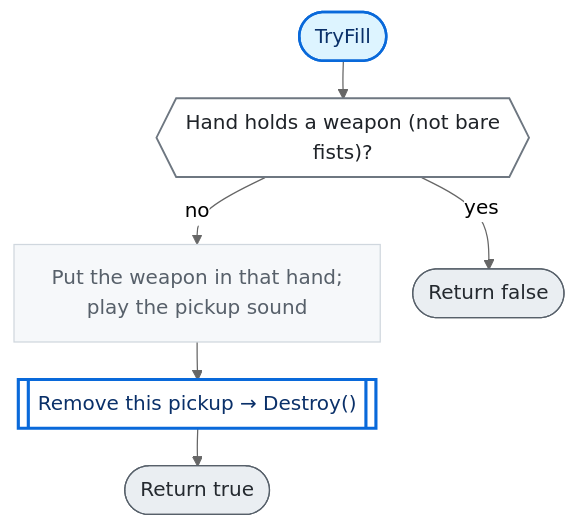
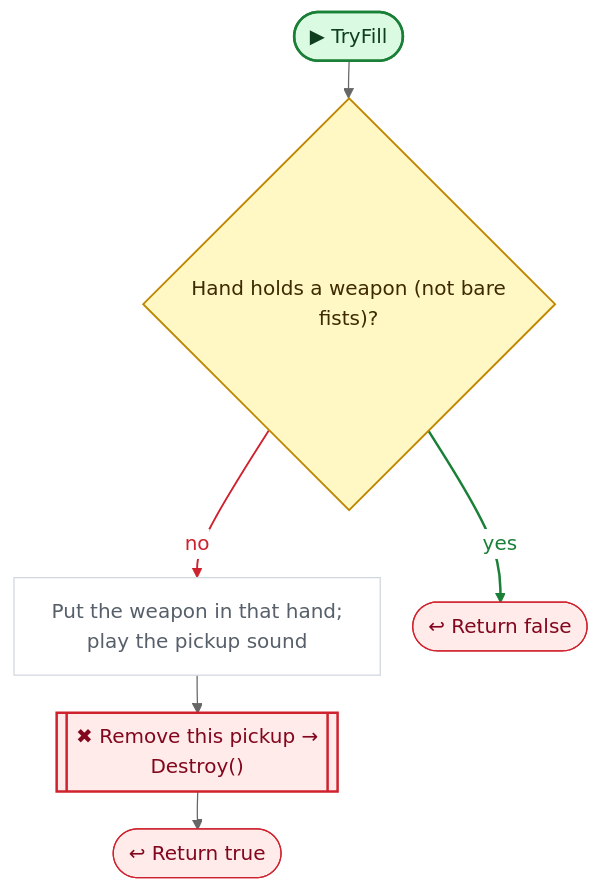
One commit to nataiai/Lord-of-the-Dungeon changed the fifth of 7 diagrams in CodeGraph~/graph/Loot.cs.md. Above: the diagram before and after it, drawn with Mermaid (neutral theme). The commit also changed other lines of this file and 44 other files, not shown here.

````diff
--- a/CodeGraph~/graph/Loot.cs.md
+++ b/CodeGraph~/graph/Loot.cs.md
@@ -235,36 +254,42 @@
 ```mermaid
 ---
 config:
   flowchart:
     wrappingWidth: 260
     nodeSpacing: 26
     rankSpacing: 30
 ---
 flowchart TD
-  nS(["TryFill"])
-  n6fc250{{"Hand holds a weapon (not bare<br>fists)?"}}
+  nS(["▶ TryFill"])
+  n6fc250{"Hand holds a weapon (not bare<br>fists)?"}
   n247ddb["Put the weapon in that hand;<br>play the pickup sound"]
-  nbee12d[["Remove this pickup → Destroy()"]]
-  n1902d3(["Return false"])
-  nb1e3d6(["Return true"])
+  nbee12d[["✖ Remove this pickup →<br>Destroy()"]]
+  n1902d3(["↩ Return false"])
+  nb1e3d6(["↩ Return true"])
   nS --> n6fc250
   n6fc250 -->|no| n247ddb
   n6fc250 -->|yes| n1902d3
   n247ddb --> nbee12d
   nbee12d --> nb1e3d6
-  classDef unity fill:#fff1c2,stroke:#9a6700,stroke-width:2px,color:#3b2300
-  classDef start fill:#ddf4ff,stroke:#0969da,stroke-width:2px,color:#0a3069
-  classDef calc fill:#f6f8fa,stroke:#d0d7de,color:#57606a
-  classDef calls fill:#ffffff,stroke:#0969da,stroke-width:2.5px,color:#0a3069
-  classDef cond fill:#ffffff,stroke:#6e7781,stroke-width:1.5px,color:#1f2328
-  classDef loop fill:#fbefff,stroke:#8250df,color:#3e1f79
-  classDef exit fill:#eaeef2,stroke:#57606a,color:#24292f
-  classDef wait fill:#fff8f0,stroke:#bc4c00,color:#4d1d00
+  linkStyle 1 stroke:#cf222e,stroke-width:1.5px,color:#cf222e
+  linkStyle 2 stroke:#1a7f37,stroke-width:2px,color:#1a7f37
+  classDef unity fill:#dafbe1,stroke:#1a7f37,stroke-width:2px,color:#0f3d1d
+  classDef start fill:#dafbe1,stroke:#1a7f37,stroke-width:2px,color:#0f3d1d
+  classDef calc fill:#ffffff,stroke:#d0d7de,color:#57606a
+  classDef calls fill:#ddf4ff,stroke:#0969da,stroke-width:2px,color:#0a3069
+  classDef ext fill:#ddf4ff,stroke:#0969da,stroke-width:2px,stroke-dasharray:5 3,color:#0a3069
+  classDef cond fill:#fff8c5,stroke:#bf8700,stroke-width:1.5px,color:#3d2a00
+  classDef loop fill:#f6f8fa,stroke:#57606a,color:#1f2328
+  classDef exit fill:#ffebe9,stroke:#cf222e,color:#82071e
+  classDef kill fill:#ffebe9,stroke:#cf222e,stroke-width:2px,color:#82071e
+  classDef spawn fill:#dafbe1,stroke:#1a7f37,stroke-width:2px,color:#0f3d1d
+  classDef wait fill:#fff1e5,stroke:#bc4c00,color:#4d1d00
   classDef fin fill:#eaeef2,stroke:#8c959f,color:#57606a
   classDef join fill:#d0d7de,stroke:#8c959f,color:#57606a
+  classDef ghdr fill:#f5f9ff,stroke:#f5f9ff,color:#0a3069,font-weight:bold
   class n247ddb calc
-  class nbee12d calls
   class n6fc250 cond
   class n1902d3,nb1e3d6 exit
+  class nbee12d kill
   class nS start
 ```
````
